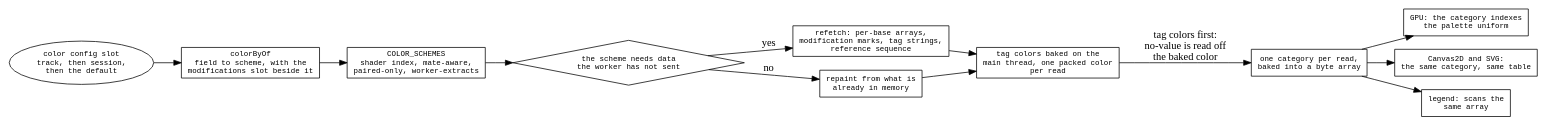
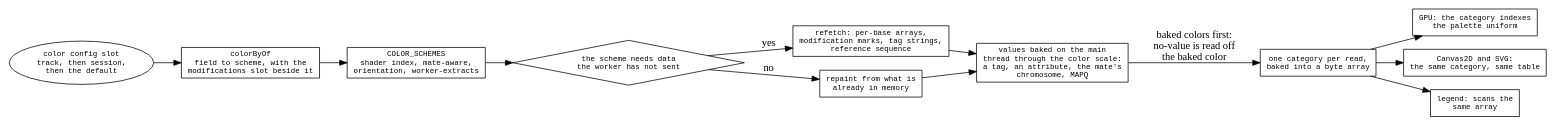
One commit to GMOD/jbrowse-components changed the diagram in agent-docs/reference/diagrams/alignments-color-pipeline.dot. Above: the diagram before and after it, drawn with Graphviz. The commit also changed 8 other files, not shown here.

```diff
--- a/agent-docs/reference/diagrams/alignments-color-pipeline.dot
+++ b/agent-docs/reference/diagrams/alignments-color-pipeline.dot
@@ -1,26 +1,26 @@
 digraph color_pipeline {
   rankdir=LR
   node [shape=box fontname=monospace fontsize=10]
   { node [shape=diamond] refetch }
 
   slot [label="color config slot\ntrack, then session,\nthen the default", shape=oval]
   norm [label="colorByOf\nfield to scheme, with the\nmodifications slot beside it"]
-  reg  [label="COLOR_SCHEMES\nshader index, mate-aware,\npaired-only, worker-extracts"]
+  reg  [label="COLOR_SCHEMES\nshader index, mate-aware,\norientation, worker-extracts"]
   slot -> norm -> reg -> refetch
 
   refetch [label="the scheme needs data\nthe worker has not sent"]
   refetch -> fetch [label=" yes"]
   refetch -> keep  [label=" no"]
   fetch [label="refetch: per-base arrays,\nmodification marks, tag strings,\nreference sequence"]
   keep  [label="repaint from what is\nalready in memory"]
 
-  tags [label="tag colors baked on the\nmain thread, one packed color\nper read"]
+  tags [label="values baked on the main\nthread through the color scale:\na tag, an attribute, the mate's\nchromosome, MAPQ"]
   fetch -> tags  keep -> tags
   cats [label="one category per read,\nbaked into a byte array"]
-  tags -> cats [label=" tag colors first:\n no-value is read off\n the baked color"]
+  tags -> cats [label=" baked colors first:\n no-value is read off\n the baked color"]
 
   gpu [label="GPU: the category indexes\nthe palette uniform"]
   c2d [label="Canvas2D and SVG:\nthe same category, same table"]
   leg [label="legend: scans the\nsame array"]
   cats -> gpu  cats -> c2d  cats -> leg
 }
```
